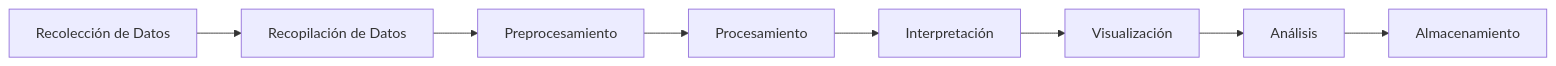
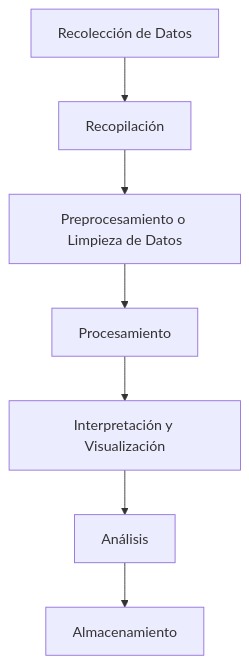
Before and after one commit to jgarciadeparedesh02/bda-apuntes: the diagram in docs/ut1-introduccion-a-hadoop/1motivacionyorigen.md, drawn with Mermaid. The commit also changed other lines of this file and 6 other files, not shown here.

````diff
--- a/docs/ut1-introduccion-a-hadoop/1motivacionyorigen.md
+++ b/docs/ut1-introduccion-a-hadoop/1motivacionyorigen.md
@@ -87,10 +93,9 @@
 ```mermaid
-graph LR
-    A[Recolección de Datos] --> B[Recopilación de Datos]
-    B --> C[Preprocesamiento]
+graph TB
+    A[Recolección de Datos] --> B[Recopilación]
+    B --> C[Preprocesamiento o Limpieza de Datos]
     C --> D[Procesamiento]
-    D --> E[Interpretación]
-    E --> F[Visualización]
-    F --> G[Análisis]
-    G --> H[Almacenamiento]
+    D --> E[Interpretación y Visualización]
+    E --> F[Análisis]
+    F --> G[Almacenamiento]
 ```
````
